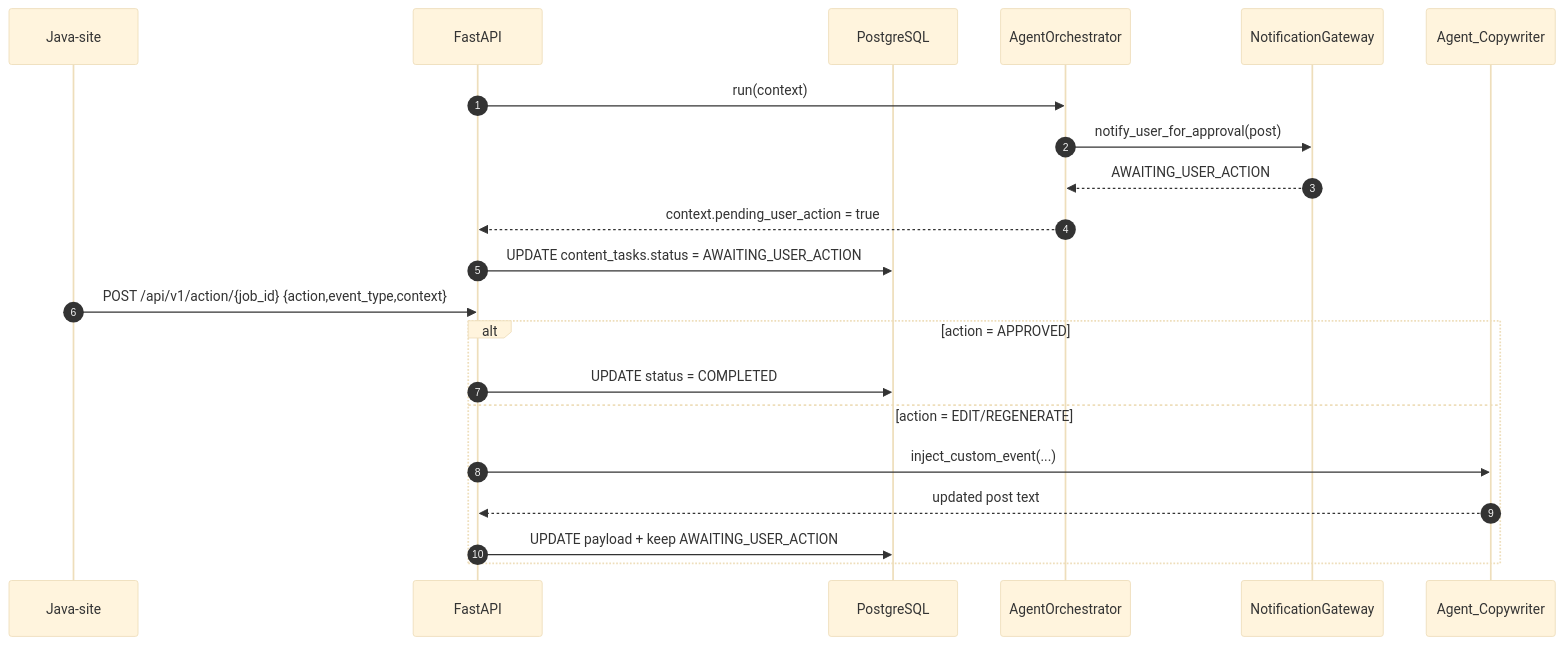
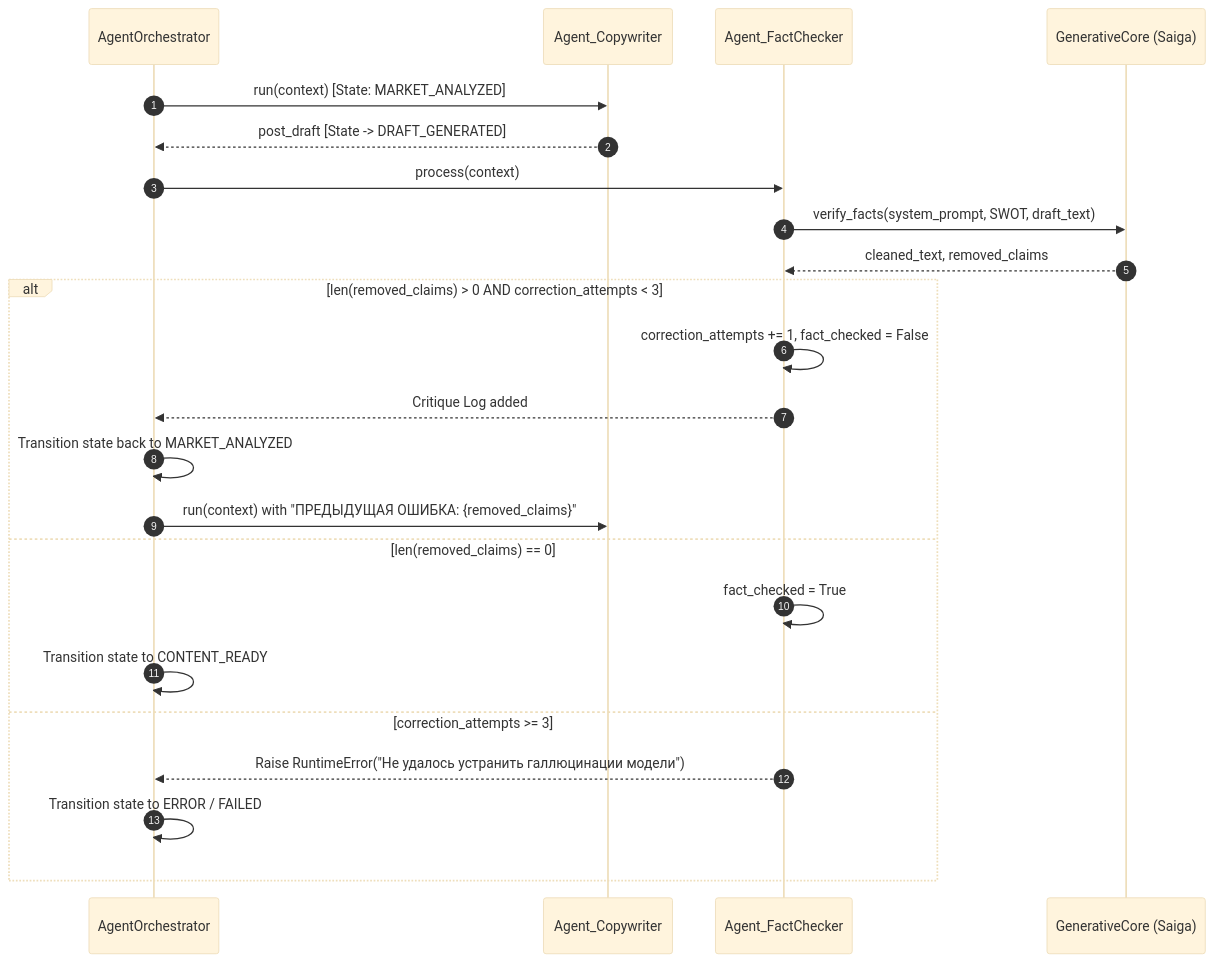
One commit to Bezponikl/Ucust changed the third of 3 diagrams in ai/ARCHITECTURE_REPORT.md. Above: the diagram before and after it, drawn with Mermaid (base theme). The commit also changed other lines of this file and 23 other files, not shown here.

Commit message:
feat: добавлен цикл рефлексии для FactChecker, обновлена архитектура в документации

````diff
--- a/ai/ARCHITECTURE_REPORT.md
+++ b/ai/ARCHITECTURE_REPORT.md
@@ -237,25 +96,27 @@
 ```mermaid
 sequenceDiagram
     autonumber
-    participant Client as Java-site
-    participant API as FastAPI
-    participant SQL as PostgreSQL
     participant Orch as AgentOrchestrator
-    participant Notify as NotificationGateway
     participant Copy as Agent_Copywriter
+    participant Fact as Agent_FactChecker
+    participant Saiga as GenerativeCore (Saiga)
 
-    API->>Orch: run(context)
-    Orch->>Notify: notify_user_for_approval(post)
-    Notify-->>Orch: AWAITING_USER_ACTION
-    Orch-->>API: context.pending_user_action = true
-    API->>SQL: UPDATE content_tasks.status = AWAITING_USER_ACTION
+    Orch->>Copy: run(context) [State: MARKET_ANALYZED]
+    Copy-->>Orch: post_draft [State -> DRAFT_GENERATED]
+    Orch->>Fact: process(context)
+    Fact->>Saiga: verify_facts(system_prompt, SWOT, draft_text)
+    Saiga-->>Fact: cleaned_text, removed_claims
 
-    Client->>API: POST /api/v1/action/{job_id} {action,event_type,context}
-    alt action = APPROVED
-        API->>SQL: UPDATE status = COMPLETED
-    else action = EDIT/REGENERATE
-        API->>Copy: inject_custom_event(...)
-        Copy-->>API: updated post text
-        API->>SQL: UPDATE payload + keep AWAITING_USER_ACTION
+    alt len(removed_claims) > 0 AND correction_attempts < 3
+        Fact->>Fact: correction_attempts += 1, fact_checked = False
+        Fact-->>Orch: Critique Log added
+        Orch->>Orch: Transition state back to MARKET_ANALYZED
+        Orch->>Copy: run(context) with "ПРЕДЫДУЩАЯ ОШИБКА: {removed_claims}"
+    else len(removed_claims) == 0
+        Fact->>Fact: fact_checked = True
+        Orch->>Orch: Transition state to CONTENT_READY
+    else correction_attempts >= 3
+        Fact-->>Orch: Raise RuntimeError("Не удалось устранить галлюцинации модели")
+        Orch->>Orch: Transition state to ERROR / FAILED
     end
 ```
````
